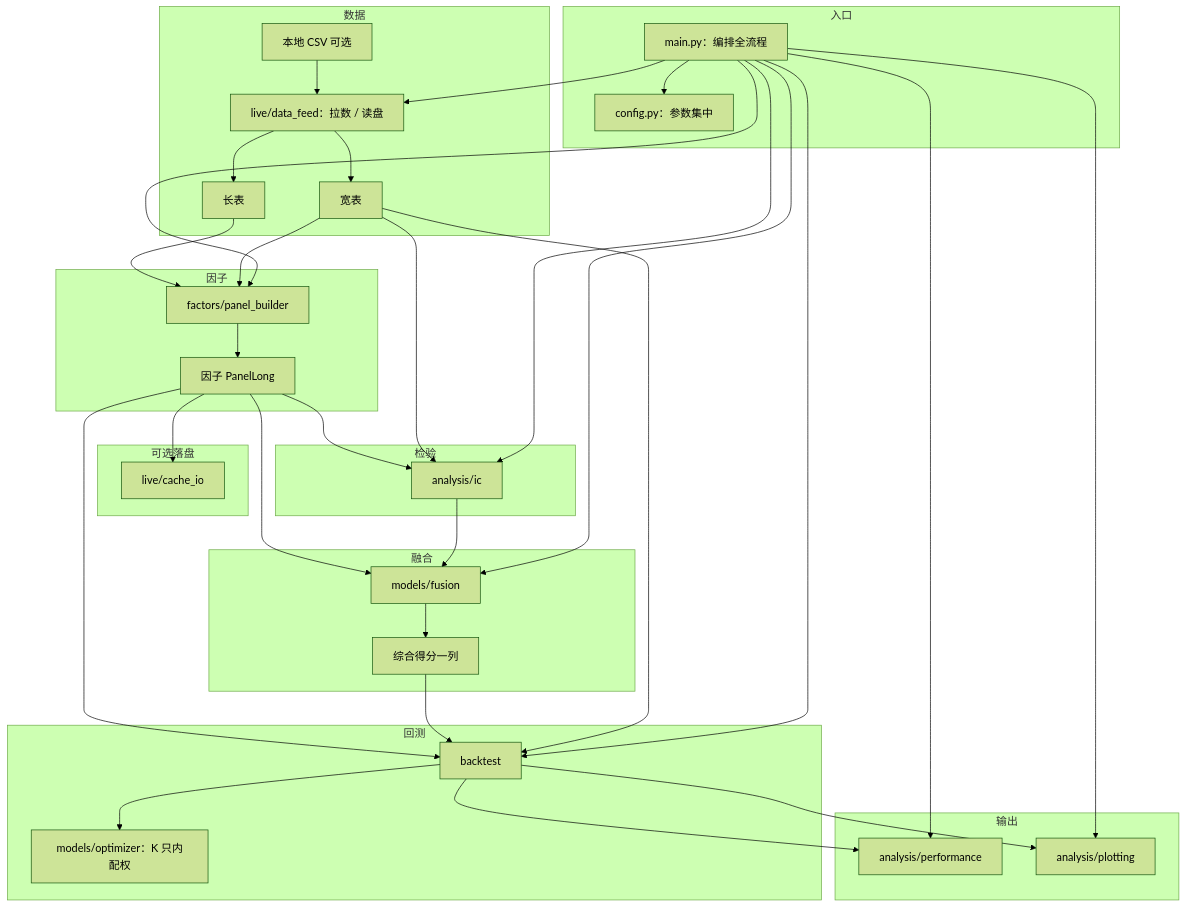
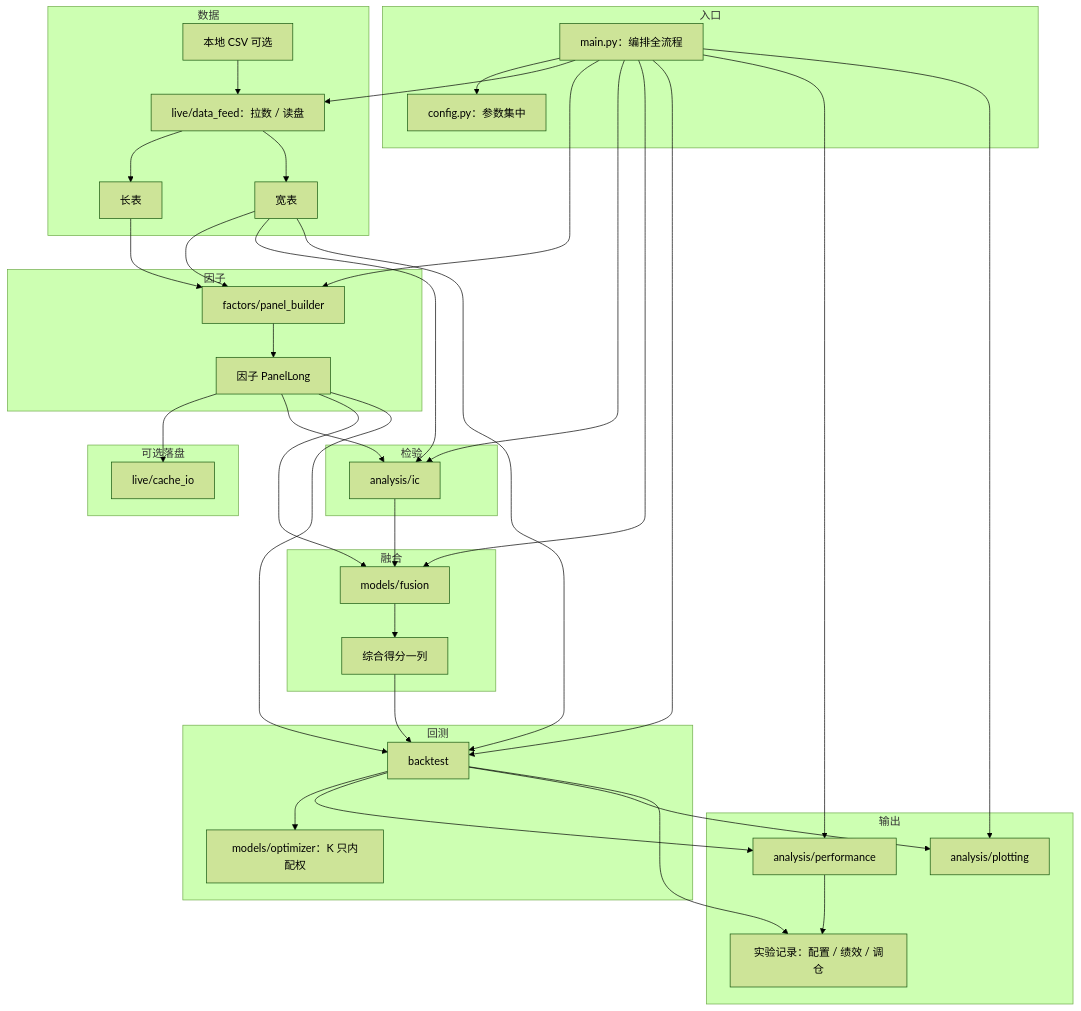
One commit to Mikowong0821/quant_strategy changed the diagram in docs/MVP_PROJECT_ARTICLE.md. Above: the diagram before and after it, drawn with Mermaid (forest theme). The commit also changed other lines of this file and 26 other files, not shown here.

````diff
--- a/docs/MVP_PROJECT_ARTICLE.md
+++ b/docs/MVP_PROJECT_ARTICLE.md
@@ -207,50 +207,52 @@
 ```mermaid
 flowchart TB
     subgraph entry["入口"]
         MAIN["main.py：编排全流程"]
         CFG["config.py：参数集中"]
         MAIN --> CFG
     end
     subgraph data["数据"]
         CSV["本地 CSV 可选"]
         FEED["live/data_feed：拉数 / 读盘"]
         CSV --> FEED
         FEED --> LONG["长表"]
         FEED --> WIDE["宽表"]
     end
     subgraph fac["因子"]
         PB["factors/panel_builder"]
         LONG --> PB
         WIDE --> PB
         PB --> PANEL["因子 PanelLong"]
     end
     subgraph cache["可选落盘"]
         PANEL --> SAVE["live/cache_io"]
     end
     subgraph ic["检验"]
         PANEL --> IC["analysis/ic"]
         WIDE --> IC
     end
     subgraph fus["融合"]
         PANEL --> FZ["models/fusion"]
         IC --> FZ
         FZ --> FUSED["综合得分一列"]
     end
     subgraph bt["回测"]
         PANEL --> BT["backtest"]
         FUSED --> BT
         WIDE --> BT
         BT --> OPT["models/optimizer：K 只内配权"]
     end
     subgraph out["输出"]
         BT --> PERF["analysis/performance"]
         BT --> PLOT["analysis/plotting"]
+        PERF --> REC["实验记录：配置 / 绩效 / 调仓"]
+        BT --> REC
     end
     MAIN --> FEED
     MAIN --> PB
     MAIN --> IC
     MAIN --> FZ
     MAIN --> BT
     MAIN --> PERF
     MAIN --> PLOT
 ```
````
